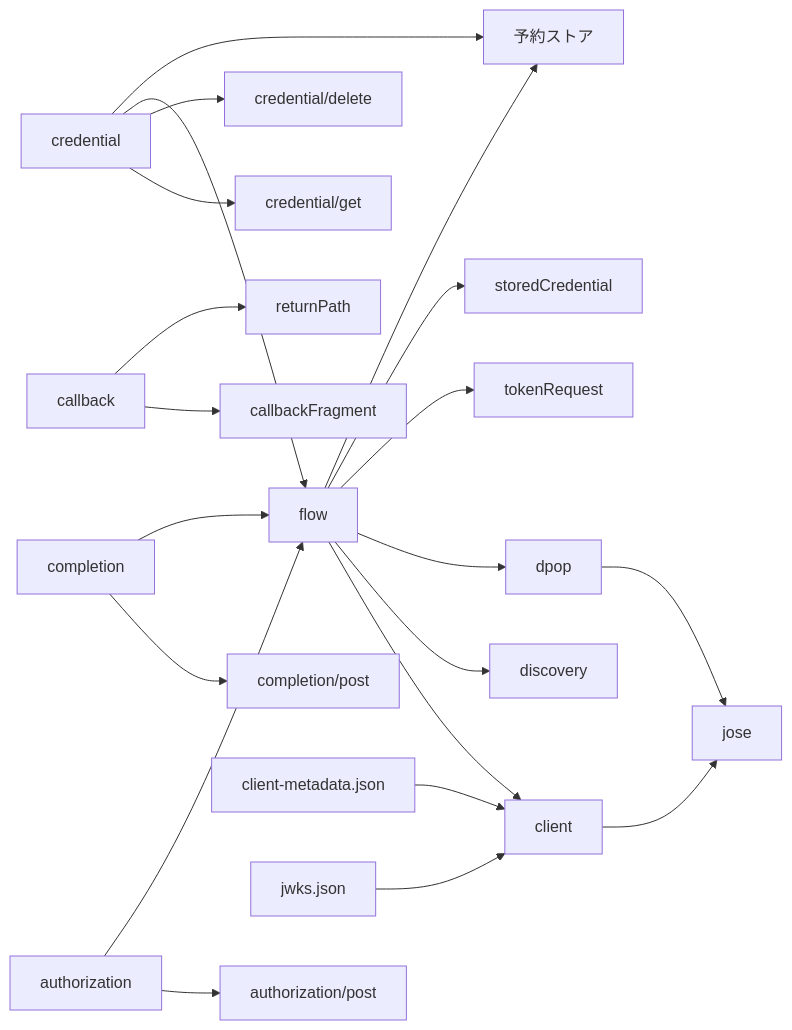
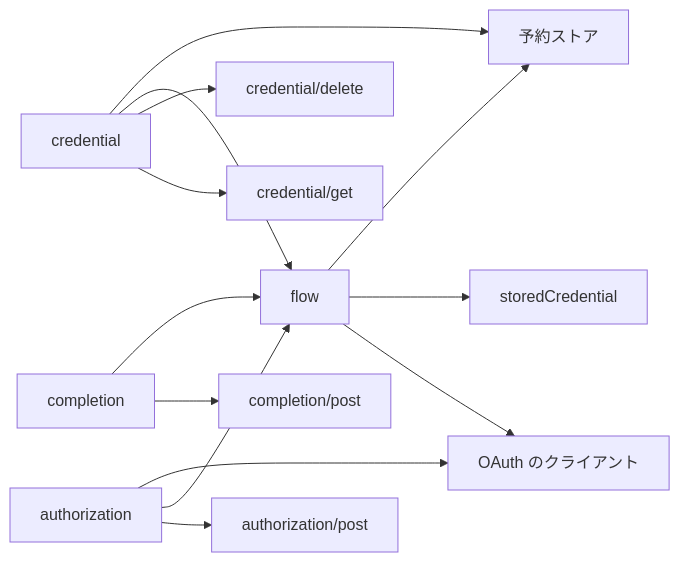
One commit to nekono-dev/skyshare changed the second of 3 diagrams in specs/schedule-api/design.md. Above: the diagram before and after it, drawn with Mermaid. The commit also changed other lines of this file and 19 other files, not shown here.

````diff
--- a/specs/schedule-api/design.md
+++ b/specs/schedule-api/design.md
@@ -75,23 +65,15 @@
 ```mermaid
 flowchart LR
   credential --> credentialGet["credential/get"]
   credential --> credentialDelete["credential/delete"]
   credential --> flow
   credential --> ext_store["予約ストア"]
   authorization --> authorizationPost["authorization/post"]
   authorization --> flow
   completion --> completionPost["completion/post"]
   completion --> flow
-  callback --> callbackFragment
-  callback --> returnPath
-  metadata["client-metadata.json"] --> client
-  jwks["jwks.json"] --> client
-  flow --> client
-  flow --> discovery
-  flow --> dpop
-  flow --> tokenRequest
+  authorization --> ext_oauth["OAuth のクライアント"]
+  flow --> ext_oauth
   flow --> storedCredential
   flow --> ext_store
-  client --> jose
-  dpop --> jose
 ```
````
